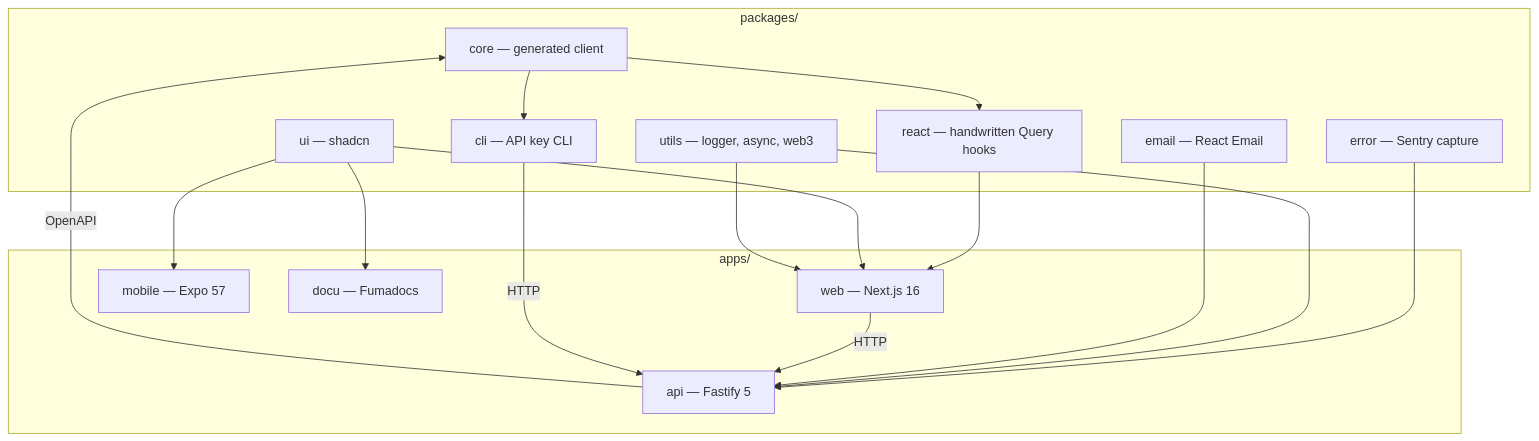
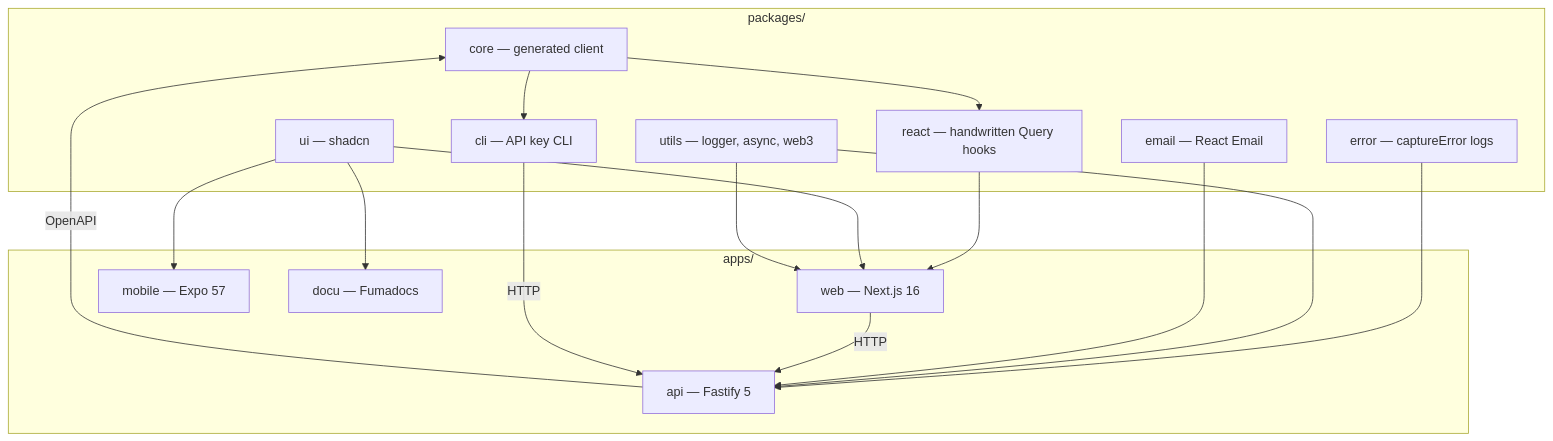
Before and after one commit to blockmatic/basilic: the diagram in apps/docu/content/docs/architecture/monorepo.mdx, drawn with Mermaid. The commit also changed 105 other files, not shown here.

````diff
--- a/apps/docu/content/docs/architecture/monorepo.mdx
+++ b/apps/docu/content/docs/architecture/monorepo.mdx
@@ -8,33 +8,33 @@
 ```mermaid
 flowchart TB
   subgraph Packages["packages/"]
     Core["core — generated client"]
     React["react — handwritten Query hooks"]
     UI["ui — shadcn"]
-    Error["error — Sentry capture"]
+    Error["error — captureError logs"]
     Utils["utils — logger, async, web3"]
     Email["email — React Email"]
     Cli["cli — API key CLI"]
   end
 
   subgraph Apps["apps/"]
     API["api — Fastify 5"]
     Web["web — Next.js 16"]
     Mobile["mobile — Expo 57"]
     Docu["docu — Fumadocs"]
   end
 
   API -->|OpenAPI| Core
   Core --> React
   Core --> Cli
   React --> Web
   UI --> Web
   UI --> Mobile
   UI --> Docu
   Error --> API
   Utils --> API
   Utils --> Web
   Email --> API
   Web -->|HTTP| API
   Cli -->|HTTP| API
 ```
````
